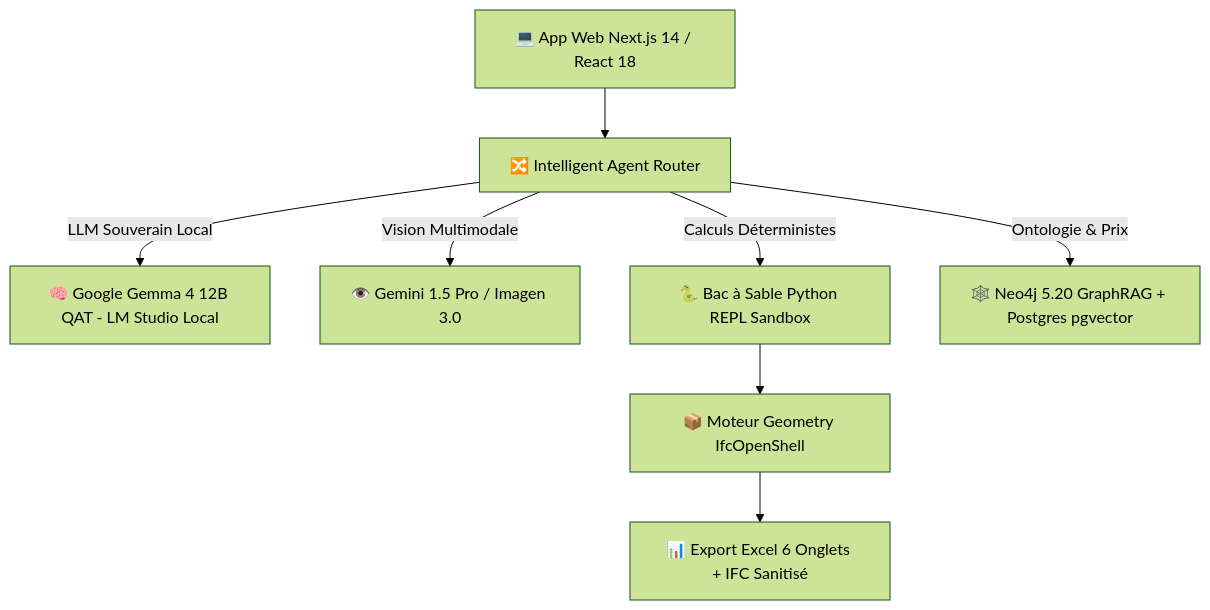
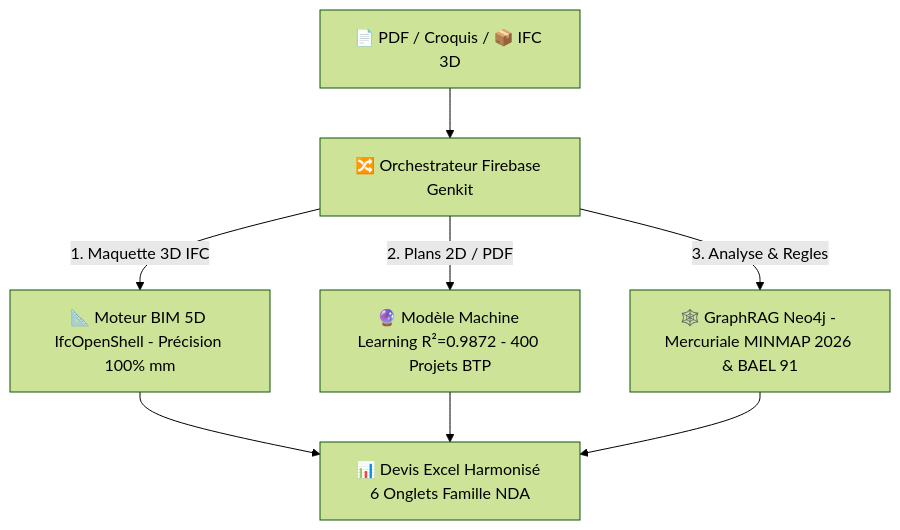
One commit to gervais-afk/archi-cam-ai changed the diagram in README.md. Above: the diagram before and after it, drawn with Mermaid (forest theme). The commit also changed other lines of this file, not shown here.

Commit message:
docs: Ajout de Firebase Genkit, MLflow et clarification du Moteur de Devis Hybride

````diff
--- a/README.md
+++ b/README.md
@@ -29,12 +21,10 @@
 ```mermaid
 graph TD
-    Client[💻 App Web Next.js 14 / React 18] --> Router[🔀 Intelligent Agent Router]
+    Input[📄 PDF / Croquis / 📦 IFC 3D] --> Router[🔀 Orchestrateur Firebase Genkit]
     
-    Router -->|LLM Souverain Local| Gemma[🧠 Google Gemma 4 12B QAT - LM Studio Local]
-    Router -->|Vision Multimodale| GeminiEngine[👁️ Gemini 1.5 Pro / Imagen 3.0]
-    Router -->|Calculs Déterministes| REPL[🐍 Bac à Sable Python REPL Sandbox]
-    Router -->|Ontologie & Prix| Neo4j[🕸️ Neo4j 5.20 GraphRAG + Postgres pgvector]
+    Router -->|1. Maquette 3D IFC| BIM[📐 Moteur BIM 5D IfcOpenShell - Précision 100% mm]
+    Router -->|2. Plans 2D / PDF| ML[🔮 Modèle Machine Learning R²=0.9872 - 400 Projets BTP]
+    Router -->|3. Analyse & Regles| Graph[🕸️ GraphRAG Neo4j - Mercuriale MINMAP 2026 & BAEL 91]
     
-    REPL --> IfcEngine[📦 Moteur Geometry IfcOpenShell]
-    IfcEngine --> ExcelExport[📊 Export Excel 6 Onglets + IFC Sanitisé]
+    BIM & ML & Graph --> Excel[📊 Devis Excel Harmonisé 6 Onglets Famille NDA]
 ```
````
